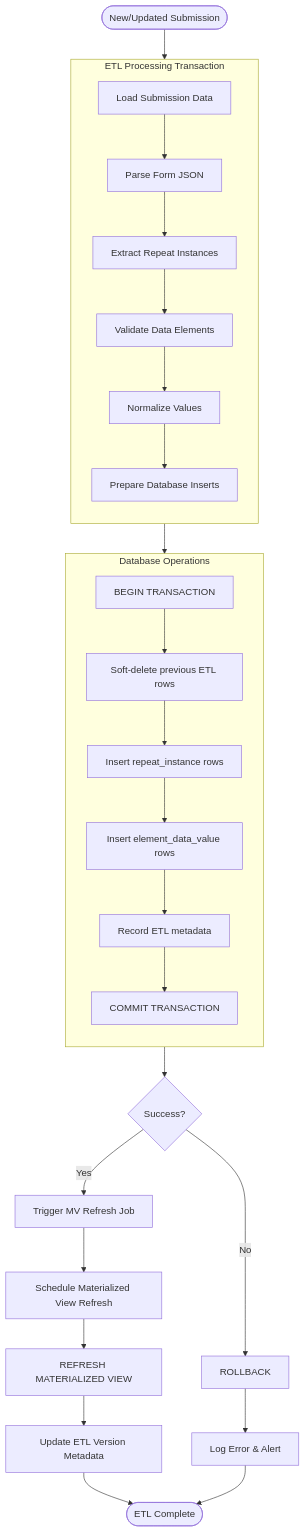
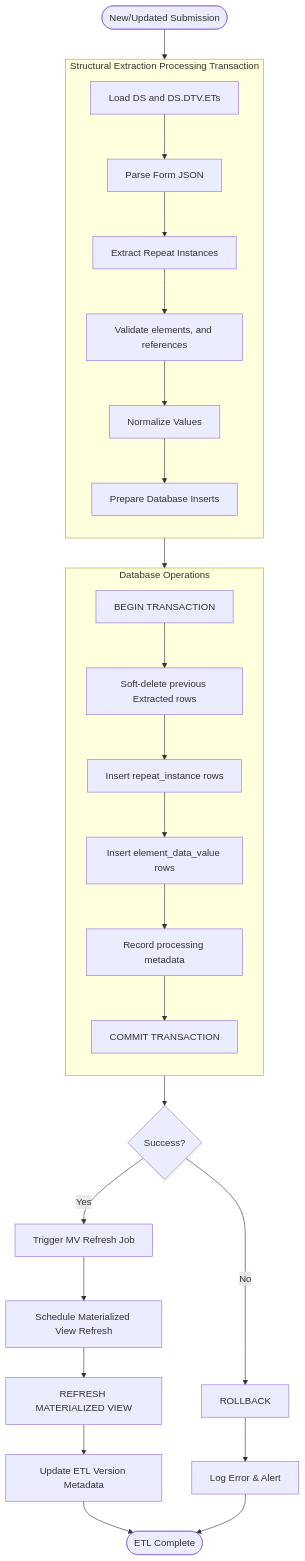
One commit to DataRun-ye/data-run-api changed the second of 5 diagrams in brainstorming-notes/datarun-analytics-grid/001-initial-project-status.md. Above: the diagram before and after it, drawn with Mermaid. The commit also changed other lines of this file and 137 other files, not shown here.

````diff
--- a/brainstorming-notes/datarun-analytics-grid/001-initial-project-status.md
+++ b/brainstorming-notes/datarun-analytics-grid/001-initial-project-status.md
@@ -51,34 +111,34 @@
 ```mermaid
 flowchart TB
-    Start([New/Updated Submission]) --> LoadData[Load Submission Data]
+    Start([New/Updated Submission]) --> LoadData["Load DS and DS.DTV.ETs"]
 
-    subgraph ETLProcess [ETL Processing Transaction]
+    subgraph ExtractionProcess [Structural Extraction Processing Transaction]
         direction TB
         LoadData --> ParseJSON[Parse Form JSON]
         ParseJSON --> ExtractRepeats[Extract Repeat Instances]
-        ExtractRepeats --> ValidateData[Validate Data Elements]
+        ExtractRepeats --> ValidateData[Validate elements, and references]
         ValidateData --> NormalizeValues[Normalize Values]
         NormalizeValues --> PrepareInserts[Prepare Database Inserts]
     end
 
     PrepareInserts --> BeginTxn[BEGIN TRANSACTION]
 
     subgraph InTransaction [Database Operations]
         direction TB
-        BeginTxn --> SoftDelete[Soft-delete previous ETL rows]
+        BeginTxn --> SoftDelete[Soft-delete previous Extracted rows]
         SoftDelete --> InsertRepeats[Insert repeat_instance rows]
         InsertRepeats --> InsertValues[Insert element_data_value rows]
-        InsertValues --> RecordMetadata[Record ETL metadata]
+        InsertValues --> RecordMetadata[Record processing metadata]
         RecordMetadata --> Commit[COMMIT TRANSACTION]
     end
 
     Commit --> Success{Success?}
     Success -->|Yes| TriggerRefresh[Trigger MV Refresh Job]
     Success -->|No| Rollback[ROLLBACK]
     Rollback --> LogError[Log Error & Alert]
     TriggerRefresh --> ScheduleRefresh[Schedule Materialized View Refresh]
     ScheduleRefresh --> RefreshMV[REFRESH MATERIALIZED VIEW]
     RefreshMV --> UpdateMetadata[Update ETL Version Metadata]
     UpdateMetadata --> Finish([ETL Complete])
     LogError --> Finish
 ```
````
